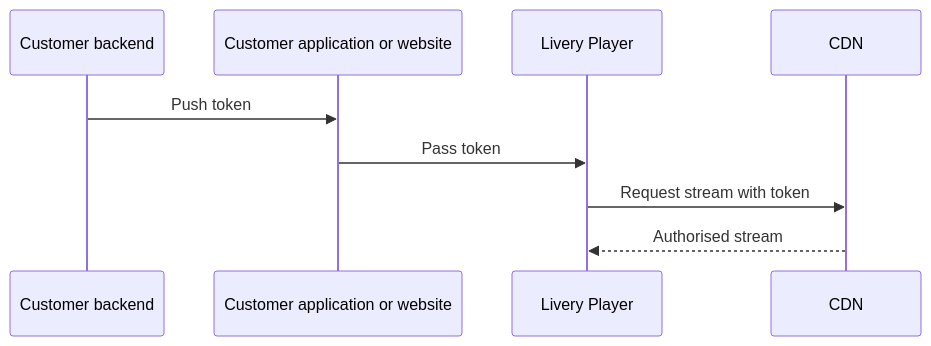
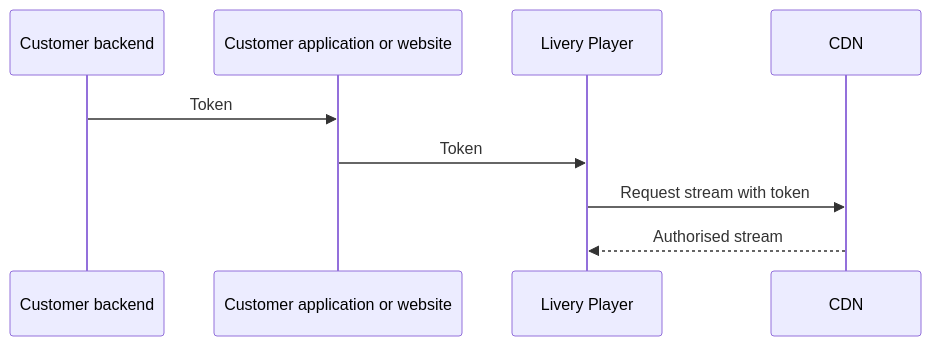
One commit to robindrost/docs-1 changed the diagram in docs/security.md. Above: the diagram before and after it, drawn with Mermaid. The commit also changed other lines of this file, not shown here.

````diff
--- a/docs/security.md
+++ b/docs/security.md
@@ -51,7 +51,7 @@
 ``` mermaid
 sequenceDiagram
-    Customer backend->>Customer application or website: Push token
-    Customer application or website->>Livery Player: Pass token
+    Customer backend->>Customer application or website: Token
+    Customer application or website->>Livery Player: Token
     Livery Player->>CDN: Request stream with token
     CDN-->>Livery Player: Authorised stream
 ```
````
